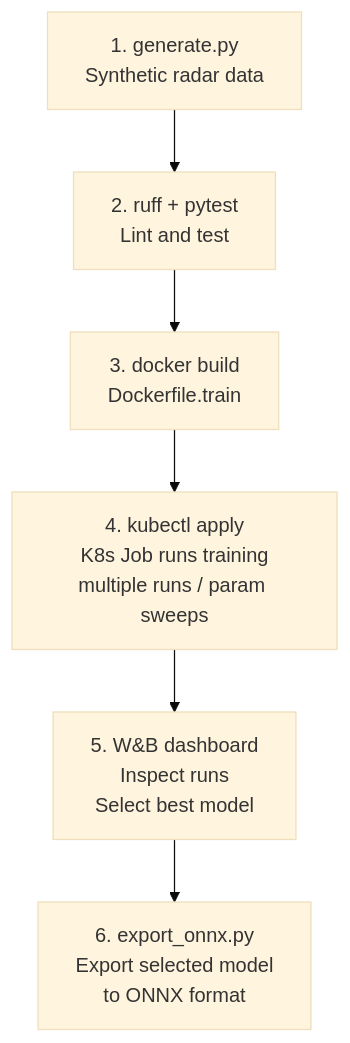
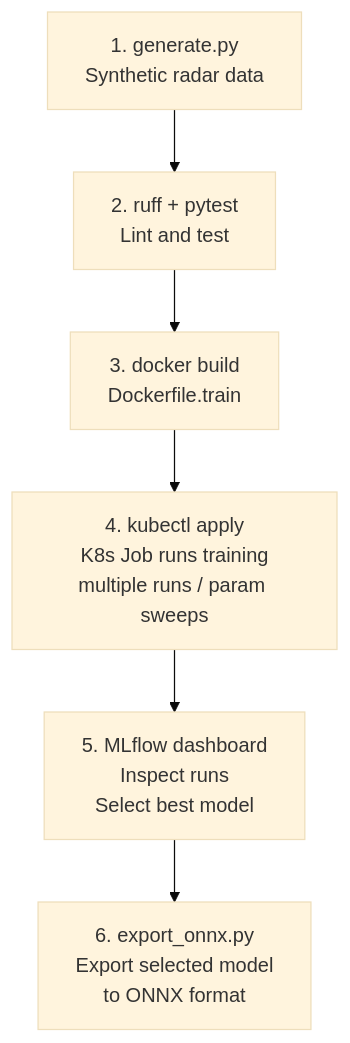
Before and after one commit to Michael-Bach/weibel-mlops-demo: the diagram in README.md, drawn with Mermaid (base theme). The commit also changed other lines of this file and 7 other files, not shown here.

````diff
--- a/README.md
+++ b/README.md
@@ -10,8 +10,8 @@
 ```mermaid
 flowchart TD
     G[1. generate.py\nSynthetic radar data] --> T[2. ruff + pytest\nLint and test]
     T --> D[3. docker build\nDockerfile.train]
     D --> K[4. kubectl apply\nK8s Job runs training\nmultiple runs / param sweeps]
-    K --> WB[5. W&B dashboard\nInspect runs\nSelect best model]
+    K --> WB[5. MLflow dashboard\nInspect runs\nSelect best model]
     WB --> X[6. export_onnx.py\nExport selected model\nto ONNX format]
 ```
````
